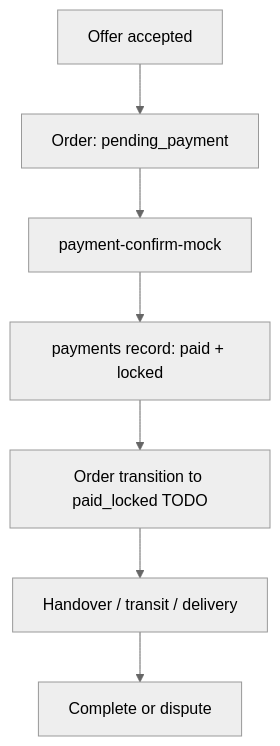
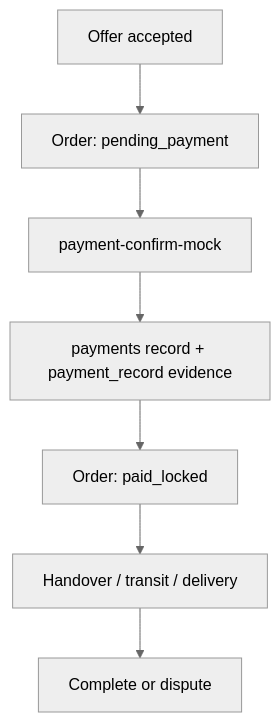
The diagram in docs/architecture/payment-refund-boundary.md (Alserial/Luggage_Courier_Service), drawn with Mermaid (neutral theme) before and after one commit. The commit also changed other lines of this file and 6 other files, not shown here.

Commit message:
Align backend payment handover dispute flows

````diff
--- a/docs/architecture/payment-refund-boundary.md
+++ b/docs/architecture/payment-refund-boundary.md
@@ -29,9 +29,9 @@
 ```mermaid
 flowchart TD
   A["Offer accepted"] --> B["Order: pending_payment"]
   B --> C["payment-confirm-mock"]
-  C --> D["payments record: paid + locked"]
-  D --> E["Order transition to paid_locked TODO"]
+  C --> D["payments record + payment_record evidence"]
+  D --> E["Order: paid_locked"]
   E --> F["Handover / transit / delivery"]
   F --> G["Complete or dispute"]
 ```
````
